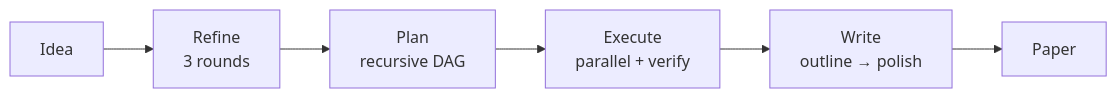
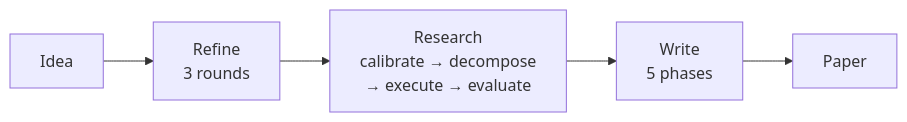
The first of 2 diagrams in README.md (dozybot001/maars), drawn with Mermaid before and after one commit. The commit also changed other lines of this file and 2 other files, not shown here.

First line of the commit message:
docs: rewrite README and code-smells for 3-stage architecture

````diff
--- a/README.md
+++ b/README.md
@@ -11,4 +11,4 @@
 ```mermaid
 flowchart LR
-    I[Idea] --> R["Refine\n3 rounds"] --> P["Plan\nrecursive DAG"] --> X["Execute\nparallel + verify"] --> W["Write\noutline → polish"] --> O[Paper]
+    I[Idea] --> R["Refine\n3 rounds"] --> RS["Research\ncalibrate → decompose\n→ execute → evaluate"] --> W["Write\n5 phases"] --> O[Paper]
 ```
````
